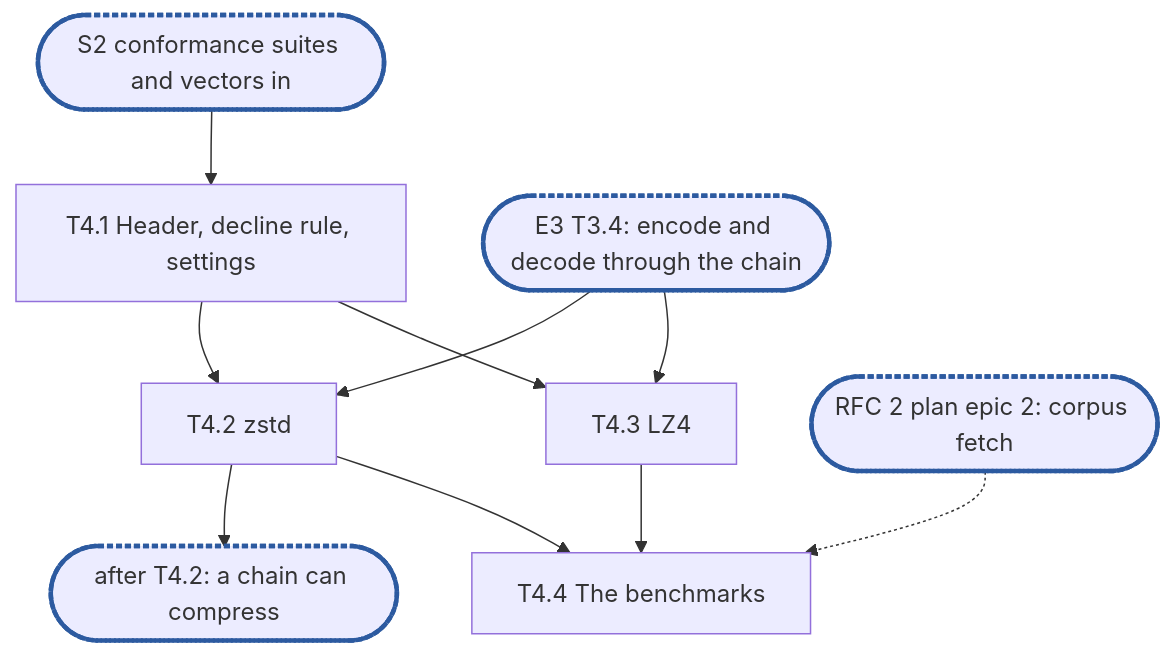
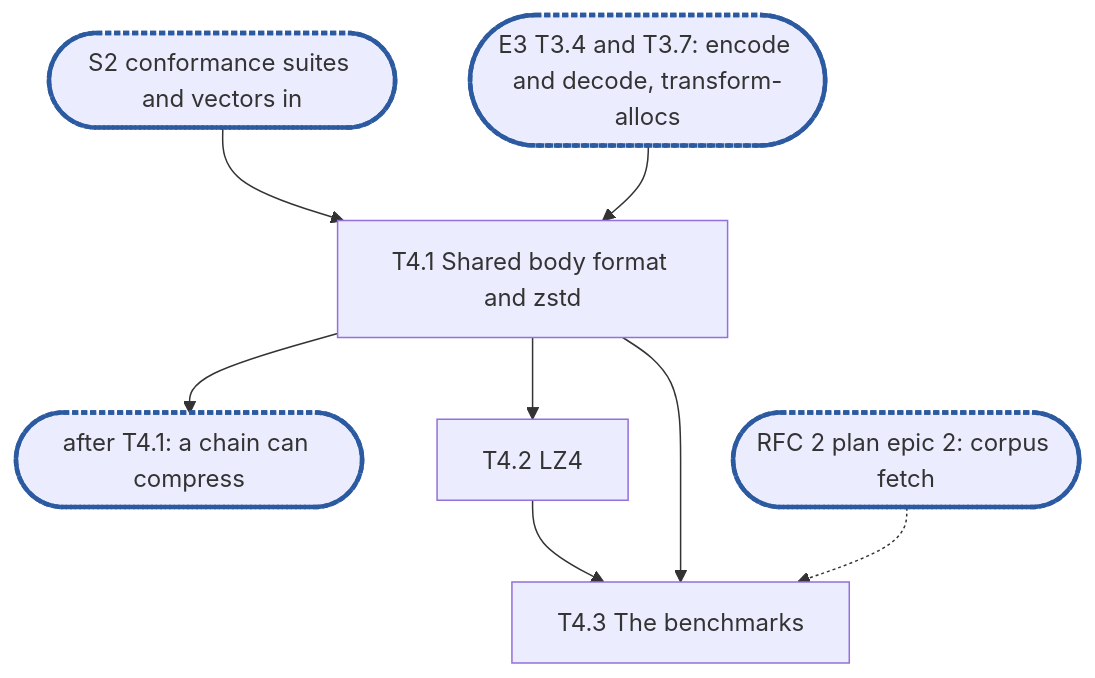
The diagram in .planning/rfc-5-transforms-epic4.md (cubbit/dittofs), drawn with Mermaid before and after one commit. The commit also changed other lines of this file, not shown here.

Commit message:
docs(planning): fold the review passes into RFC 5 epic 4

````diff
--- a/.planning/rfc-5-transforms-epic4.md
+++ b/.planning/rfc-5-transforms-epic4.md
@@ -407,11 +401,10 @@
 ```mermaid
 flowchart TD
-  S2(["S2 conformance suites and vectors in"]):::sync --> T4_1["T4.1 Header, decline rule, settings"]
-  E3(["E3 T3.4: encode and decode through the chain"]):::sync --> T4_2
-  T4_1 --> T4_2["T4.2 zstd"] --> C1(["after T4.2: a chain can compress"]):::sync
-  T4_1 --> T4_3["T4.3 LZ4"]
-  E3 --> T4_3
-  T4_2 & T4_3 --> T4_4["T4.4 The benchmarks"]
-  R2(["RFC 2 plan epic 2: corpus fetch"]):::sync -.-> T4_4
+  S2(["S2 conformance suites and vectors in"]):::sync --> T4_1["T4.1 Shared body format and zstd"]
+  E3(["E3 T3.4 and T3.7: encode and decode, transform-allocs"]):::sync --> T4_1
+  T4_1 --> C1(["after T4.1: a chain can compress"]):::sync
+  T4_1 --> T4_2["T4.2 LZ4"] --> T4_3["T4.3 The benchmarks"]
+  T4_1 --> T4_3
+  R2(["RFC 2 plan epic 2: corpus fetch"]):::sync -.-> T4_3
   classDef sync stroke:#2c5aa0,stroke-width:3px,stroke-dasharray:4 2
 ```
````
